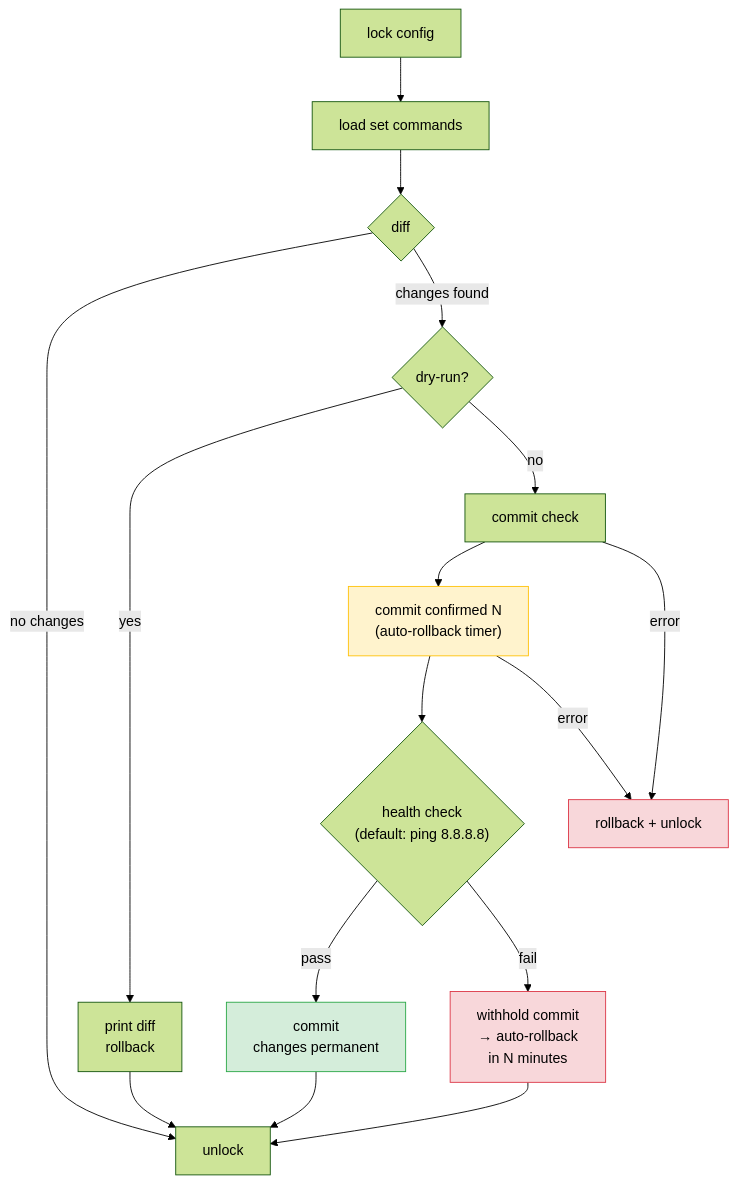
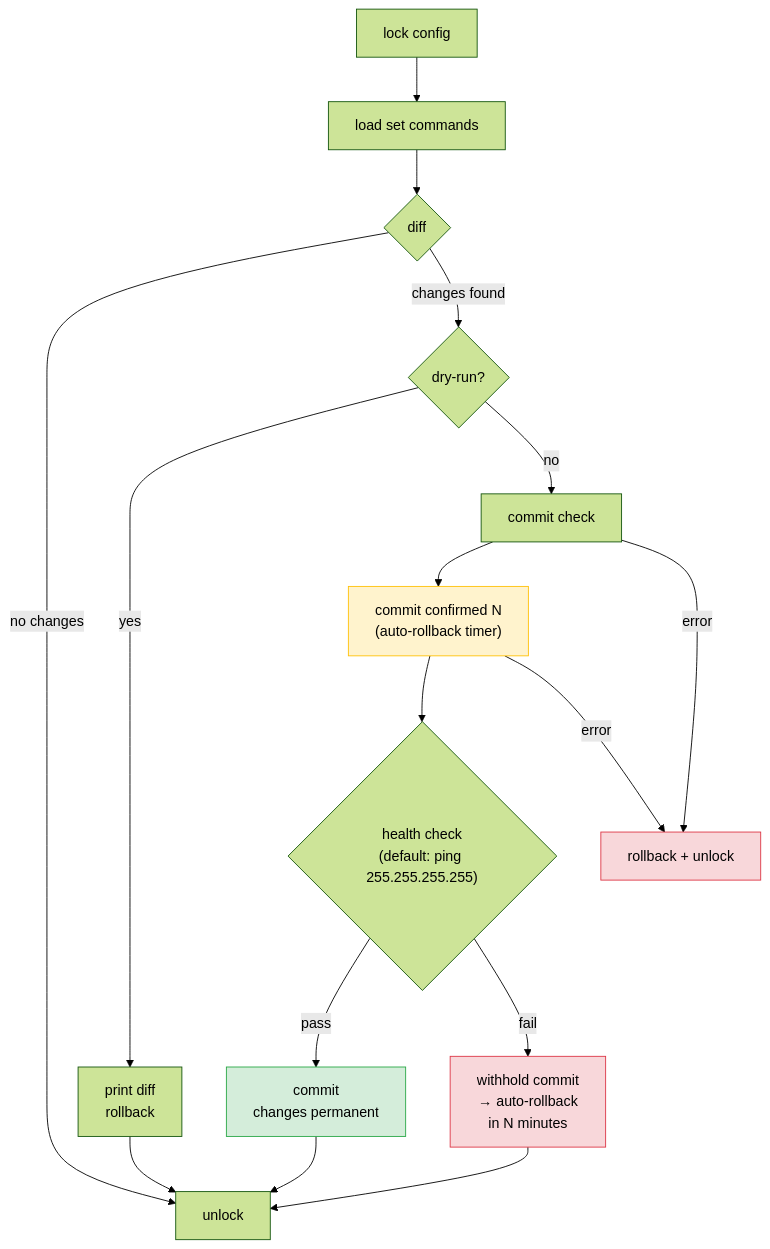
The fifth of 5 diagrams in README.md (shigechika/junos-ops), drawn with Mermaid (forest theme) before and after one commit. The commit also changed other lines of this file and 6 other files, not shown here.

First line of the commit message:
change: default health check target from 8.8.8.8 to 255.255.255.255

````diff
--- a/README.md
+++ b/README.md
@@ -319,21 +319,21 @@
 ```mermaid
 flowchart TD
     A[lock config] --> B[load set commands]
     B --> C{diff}
     C -->|no changes| D[unlock]
     C -->|changes found| E{dry-run?}
     E -->|yes| F["print diff<br/>rollback"] --> D
     E -->|no| G[commit check]
     G --> H["commit confirmed N<br/>(auto-rollback timer)"]:::warned
-    H --> HC{"health check<br/>(default: ping 8.8.8.8)"}
+    H --> HC{"health check<br/>(default: ping 255.255.255.255)"}
     HC -->|pass| I["commit<br/>changes permanent"]:::safe
     HC -->|fail| AR["withhold commit<br/>→ auto-rollback<br/>in N minutes"]:::errstyle
     AR --> D
     I --> D
     G -->|error| J[rollback + unlock]:::errstyle
     H -->|error| J
 
     classDef warned fill:#fff3cd,stroke:#ffc107,color:#000
     classDef safe fill:#d4edda,stroke:#28a745,color:#000
     classDef errstyle fill:#f8d7da,stroke:#dc3545,color:#000
 ```
````
